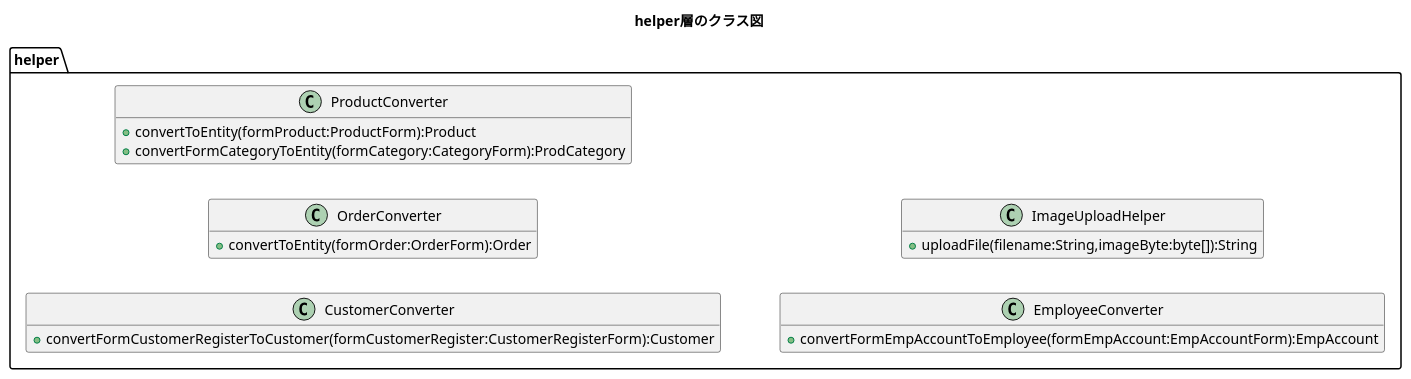
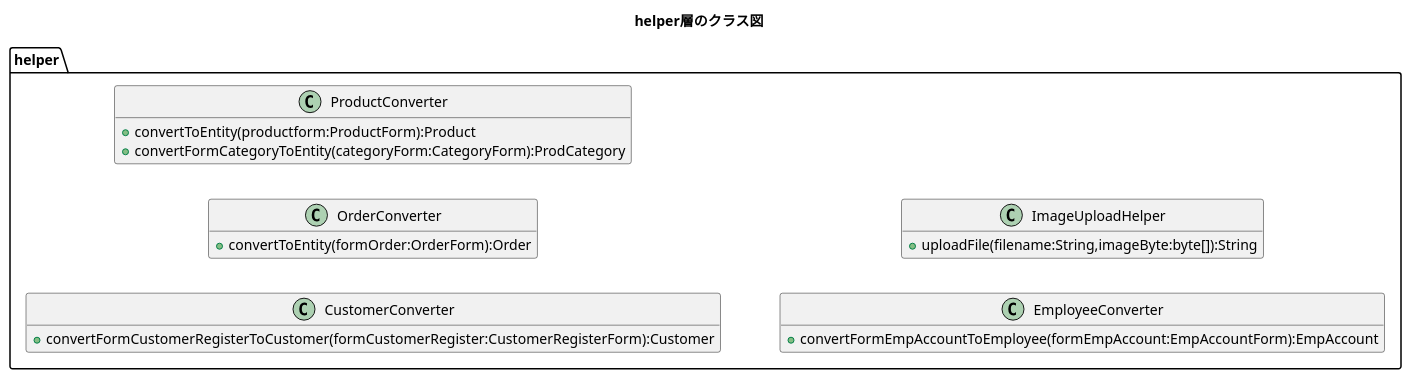
One commit to kanavii3333/ec-b changed the diagram in plan/uml/class/helper.plantuml. Above: the diagram before and after it, drawn with PlantUML. The commit also changed 1 other file, not shown here.

Commit message:
ProductConvert.java

```diff
--- a/plan/uml/class/helper.plantuml
+++ b/plan/uml/class/helper.plantuml
@@ -1,28 +1,28 @@
 @startuml
 title helper層のクラス図
 hide empty members
 left to right direction
 
 package helper{
     class CustomerConverter{
         +convertFormCustomerRegisterToCustomer(formCustomerRegister:CustomerRegisterForm):Customer
     }
 
     class OrderConverter{
         +convertToEntity(formOrder:OrderForm):Order
     }
 
     class ProductConverter{
-        +convertToEntity(formProduct:ProductForm):Product
-        +convertFormCategoryToEntity(formCategory:CategoryForm):ProdCategory
+        +convertToEntity(productform:ProductForm):Product
+        +convertFormCategoryToEntity(categoryForm:CategoryForm):ProdCategory
     }
 
     class EmployeeConverter{
         +convertFormEmpAccountToEmployee(formEmpAccount:EmpAccountForm):EmpAccount
     }
     
     class ImageUploadHelper{
     	+uploadFile(filename:String,imageByte:byte[]):String
     }
 }
 @enduml
```
